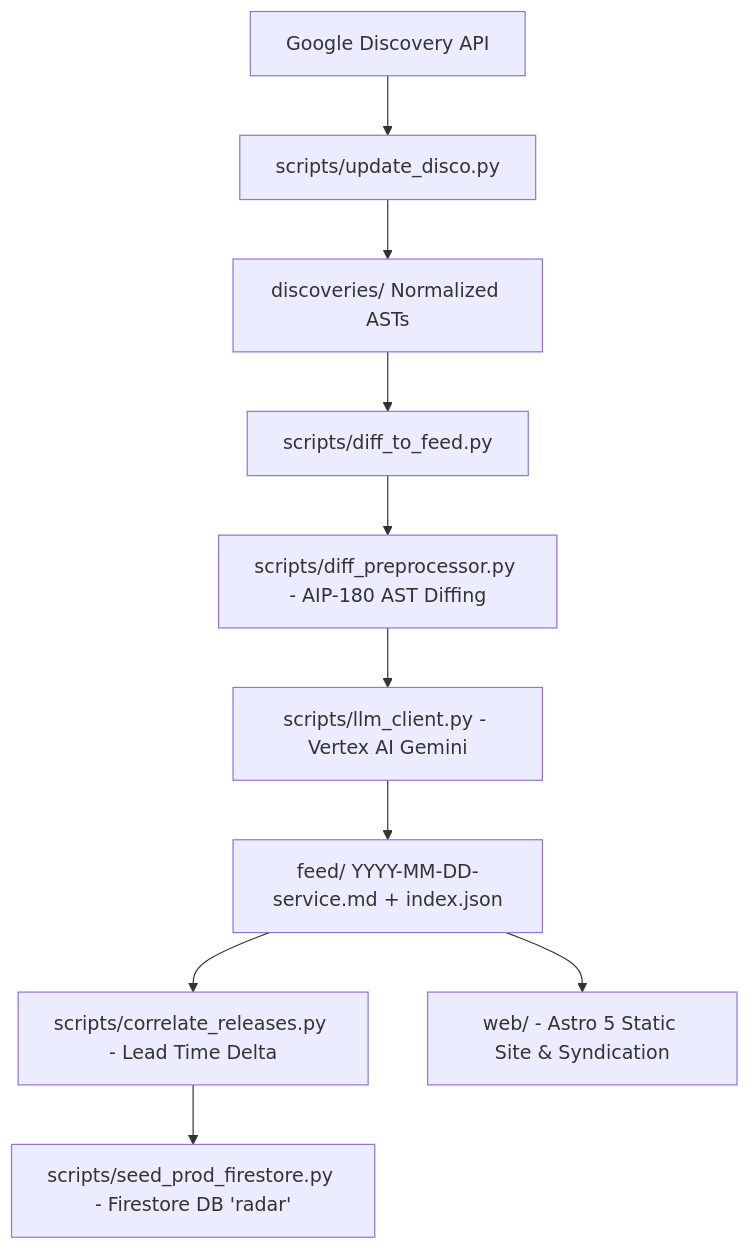
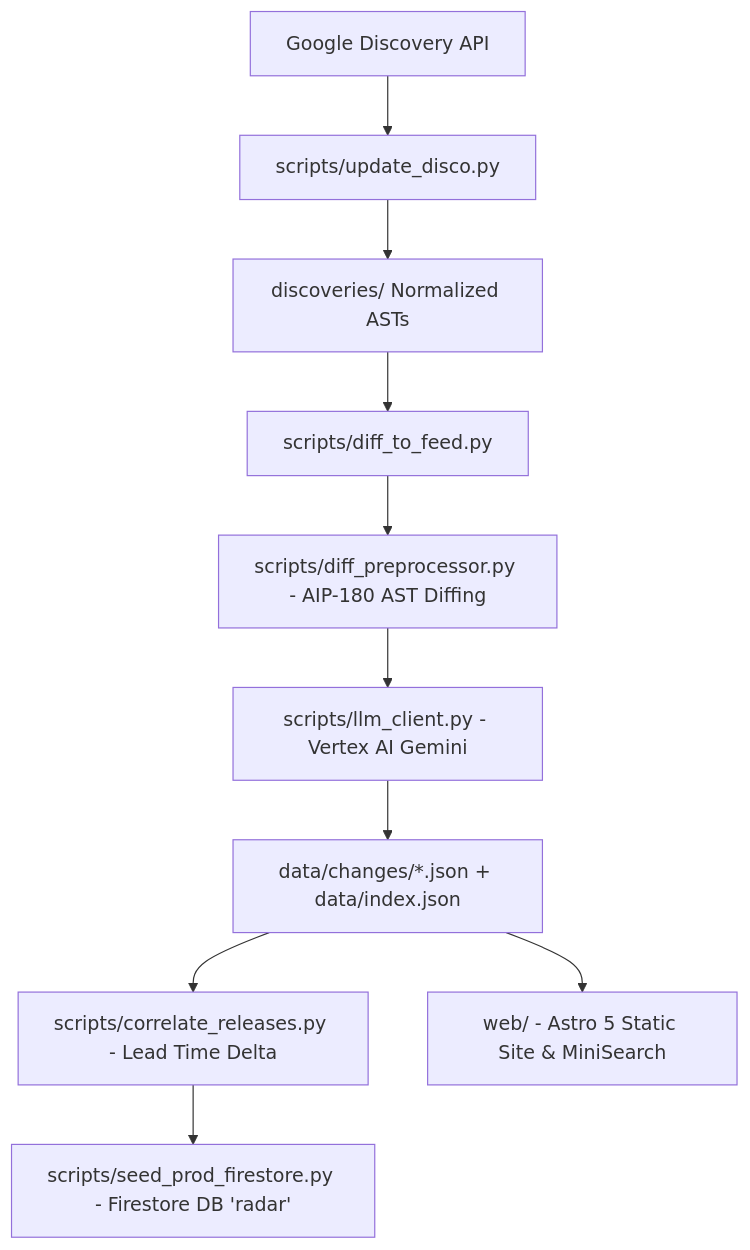
Before and after one commit to max-ostapenko/google-cloud-radar: the diagram in AGENTS.md, drawn with Mermaid. The commit also changed other lines of this file and 175 other files, not shown here.

Commit message:
feat: migrate feed to structured JSON, add MiniSearch with fuzzy search, and update security rules

````diff
--- a/AGENTS.md
+++ b/AGENTS.md
@@ -9,12 +9,12 @@
 ```mermaid
 graph TD
     A[Google Discovery API] --> B[scripts/update_disco.py]
     B --> C[discoveries/ Normalized ASTs]
     C --> D[scripts/diff_to_feed.py]
     D --> E[scripts/diff_preprocessor.py - AIP-180 AST Diffing]
     E --> F[scripts/llm_client.py - Vertex AI Gemini]
-    F --> G[feed/ YYYY-MM-DD-service.md + index.json]
+    F --> G[data/changes/*.json + data/index.json]
     G --> H[scripts/correlate_releases.py - Lead Time Delta]
     H --> I[scripts/seed_prod_firestore.py - Firestore DB 'radar']
-    G --> J[web/ - Astro 5 Static Site & Syndication]
+    G --> J[web/ - Astro 5 Static Site & MiniSearch]
 ```
````
